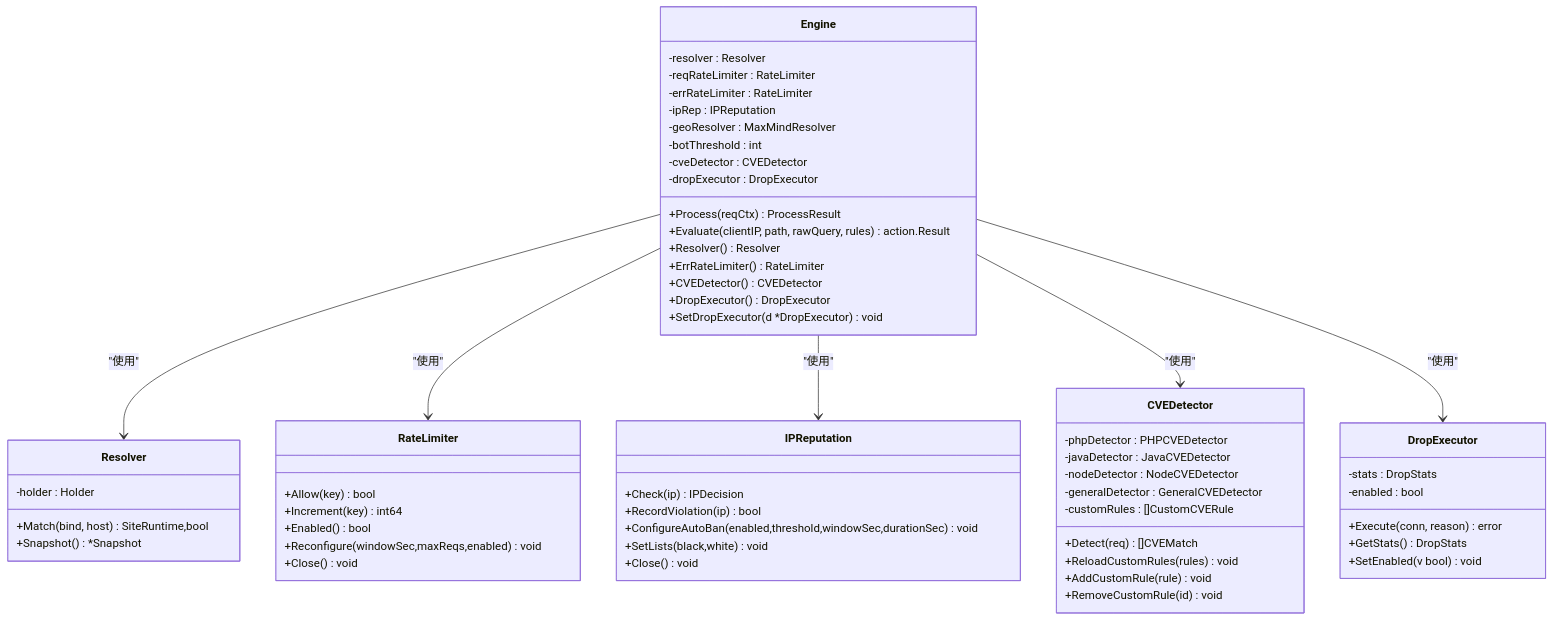
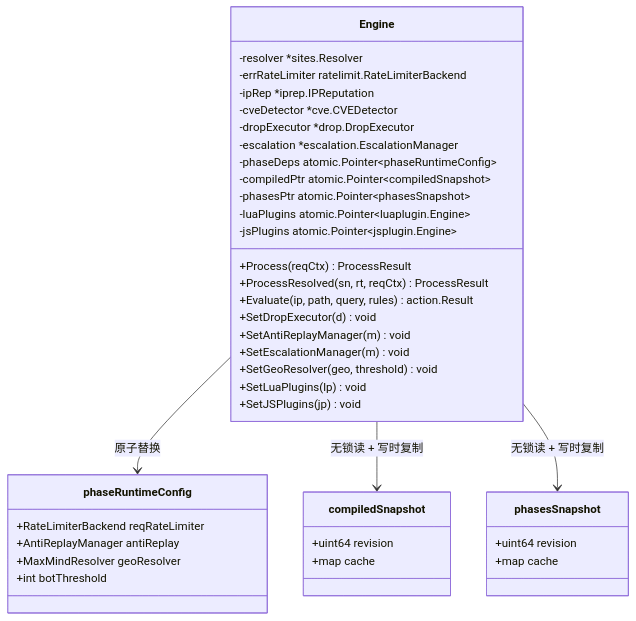
Before and after one commit to x01n/My-OpenWaf: the third of 6 diagrams in docs/WAF 引擎系统/WAF 引擎系统.md, drawn with Mermaid. The commit also changed other lines of this file and 622 other files, not shown here.

````diff
--- a/docs/WAF 引擎系统/WAF 引擎系统.md
+++ b/docs/WAF 引擎系统/WAF 引擎系统.md
@@ -263,62 +237,42 @@
 ```mermaid
 classDiagram
-class Engine {
--resolver : Resolver
--reqRateLimiter : RateLimiter
--errRateLimiter : RateLimiter
--ipRep : IPReputation
--geoResolver : MaxMindResolver
--botThreshold : int
--cveDetector : CVEDetector
--dropExecutor : DropExecutor
-+Process(reqCtx) ProcessResult
-+Evaluate(clientIP, path, rawQuery, rules) action.Result
-+Resolver() Resolver
-+ErrRateLimiter() RateLimiter
-+CVEDetector() CVEDetector
-+DropExecutor() DropExecutor
-+SetDropExecutor(d *DropExecutor) void
-}
-class Resolver {
--holder : Holder
-+Match(bind, host) SiteRuntime,bool
-+Snapshot() *Snapshot
-}
-class RateLimiter {
-+Allow(key) bool
-+Increment(key) int64
-+Enabled() bool
-+Reconfigure(windowSec,maxReqs,enabled) void
-+Close() void
-}
-class IPReputation {
-+Check(ip) IPDecision
-+RecordViolation(ip) bool
-+ConfigureAutoBan(enabled,threshold,windowSec,durationSec) void
-+SetLists(black,white) void
-+Close() void
-}
-class CVEDetector {
--phpDetector : PHPCVEDetector
--javaDetector : JavaCVEDetector
--nodeDetector : NodeCVEDetector
--generalDetector : GeneralCVEDetector
--customRules : []CustomCVERule
-+Detect(req) []CVEMatch
-+ReloadCustomRules(rules) void
-+AddCustomRule(rule) void
-+RemoveCustomRule(id) void
-}
-class DropExecutor {
--stats : DropStats
--enabled : bool
-+Execute(conn, reason) error
-+GetStats() DropStats
-+SetEnabled(v bool) void
-}
-Engine --> Resolver : "使用"
-Engine --> RateLimiter : "使用"
-Engine --> IPReputation : "使用"
-Engine --> CVEDetector : "使用"
-Engine --> DropExecutor : "使用"
+  class Engine {
+    -resolver *sites.Resolver
+    -errRateLimiter ratelimit.RateLimiterBackend
+    -ipRep *iprep.IPReputation
+    -cveDetector *cve.CVEDetector
+    -dropExecutor *drop.DropExecutor
+    -escalation *escalation.EscalationManager
+    -phaseDeps atomic.Pointer~phaseRuntimeConfig~
+    -compiledPtr atomic.Pointer~compiledSnapshot~
+    -phasesPtr atomic.Pointer~phasesSnapshot~
+    -luaPlugins atomic.Pointer~luaplugin.Engine~
+    -jsPlugins atomic.Pointer~jsplugin.Engine~
+    +Process(reqCtx) ProcessResult
+    +ProcessResolved(sn, rt, reqCtx) ProcessResult
+    +Evaluate(ip, path, query, rules) action.Result
+    +SetDropExecutor(d) void
+    +SetAntiReplayManager(m) void
+    +SetEscalationManager(m) void
+    +SetGeoResolver(geo, threshold) void
+    +SetLuaPlugins(lp) void
+    +SetJSPlugins(jp) void
+  }
+  class phaseRuntimeConfig {
+    +RateLimiterBackend reqRateLimiter
+    +AntiReplayManager antiReplay
+    +MaxMindResolver geoResolver
+    +int botThreshold
+  }
+  class compiledSnapshot {
+    +uint64 revision
+    +map cache
+  }
+  class phasesSnapshot {
+    +uint64 revision
+    +map cache
+  }
+  Engine --> phaseRuntimeConfig : 原子替换
+  Engine --> compiledSnapshot : 无锁读 + 写时复制
+  Engine --> phasesSnapshot : 无锁读 + 写时复制
 ```
````
